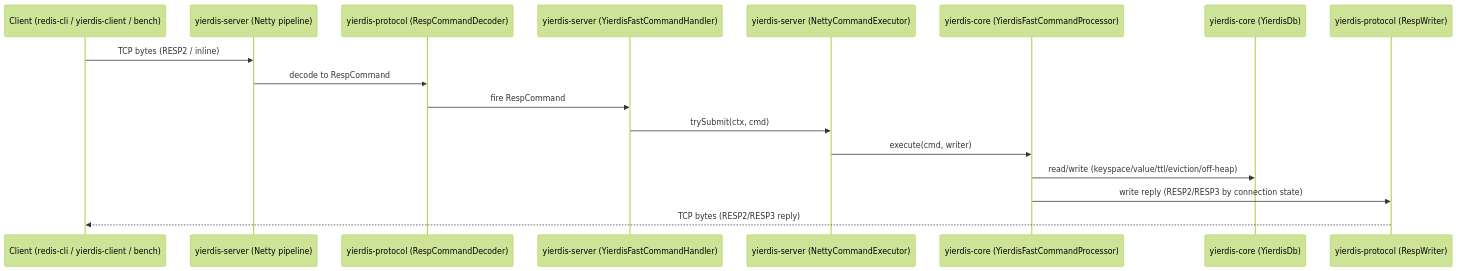
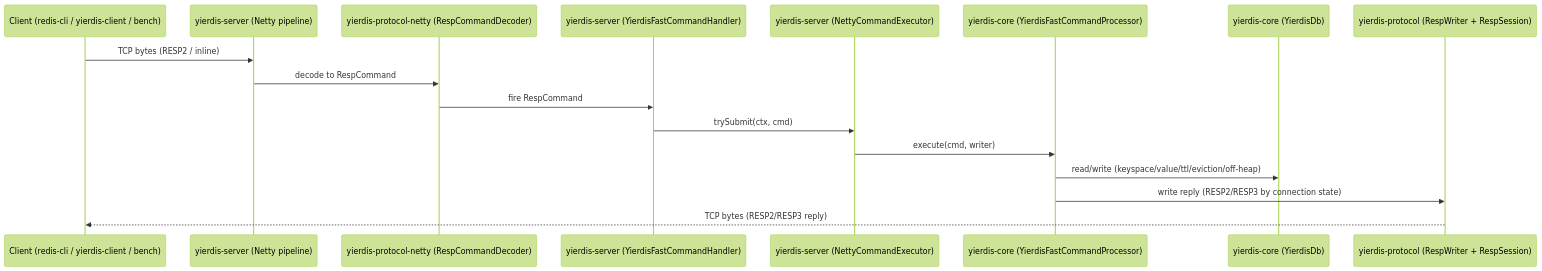
The second of 2 diagrams in helloagents/wiki/arch.md (skt-shinyruo/Yierdis), drawn with Mermaid (forest theme) before and after one commit. The commit also changed other lines of this file and 51 other files, not shown here.

Commit message:
denetty: split protocol-netty and remove core netty deps

````diff
--- a/helloagents/wiki/arch.md
+++ b/helloagents/wiki/arch.md
@@ -63,20 +71,20 @@
 ```mermaid
 sequenceDiagram
   participant Client as Client (redis-cli / yierdis-client / bench)
   participant Netty as yierdis-server (Netty pipeline)
-  participant Decoder as yierdis-protocol (RespCommandDecoder)
+  participant Decoder as yierdis-protocol-netty (RespCommandDecoder)
   participant Handler as yierdis-server (YierdisFastCommandHandler)
   participant Exec as yierdis-server (NettyCommandExecutor)
   participant Processor as yierdis-core (YierdisFastCommandProcessor)
   participant DB as yierdis-core (YierdisDb)
-  participant Writer as yierdis-protocol (RespWriter)
+  participant Writer as yierdis-protocol (RespWriter + RespSession)
 
   Client->>Netty: TCP bytes (RESP2 / inline)
   Netty->>Decoder: decode to RespCommand
   Decoder->>Handler: fire RespCommand
   Handler->>Exec: trySubmit(ctx, cmd)
   Exec->>Processor: execute(cmd, writer)
   Processor->>DB: read/write (keyspace/value/ttl/eviction/off-heap)
   Processor->>Writer: write reply (RESP2/RESP3 by connection state)
   Writer-->>Client: TCP bytes (RESP2/RESP3 reply)
 ```
````
